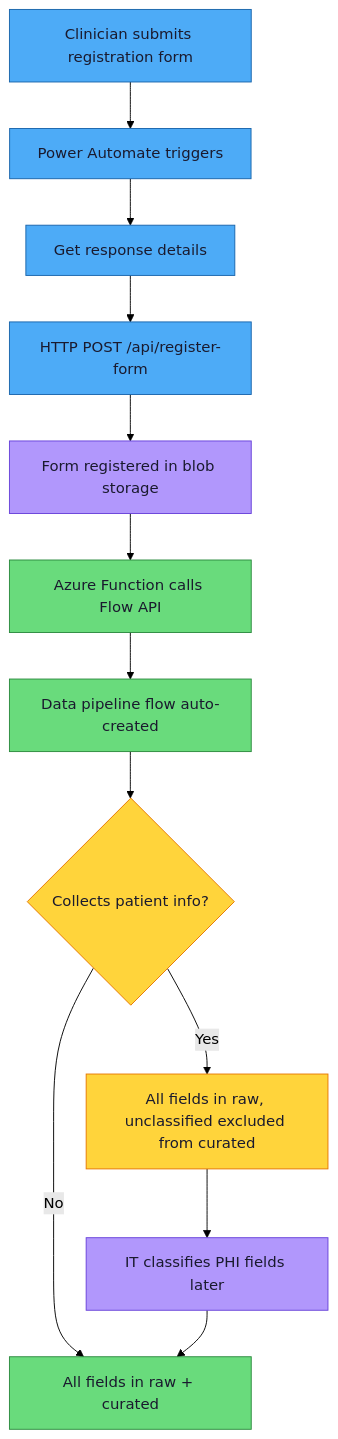
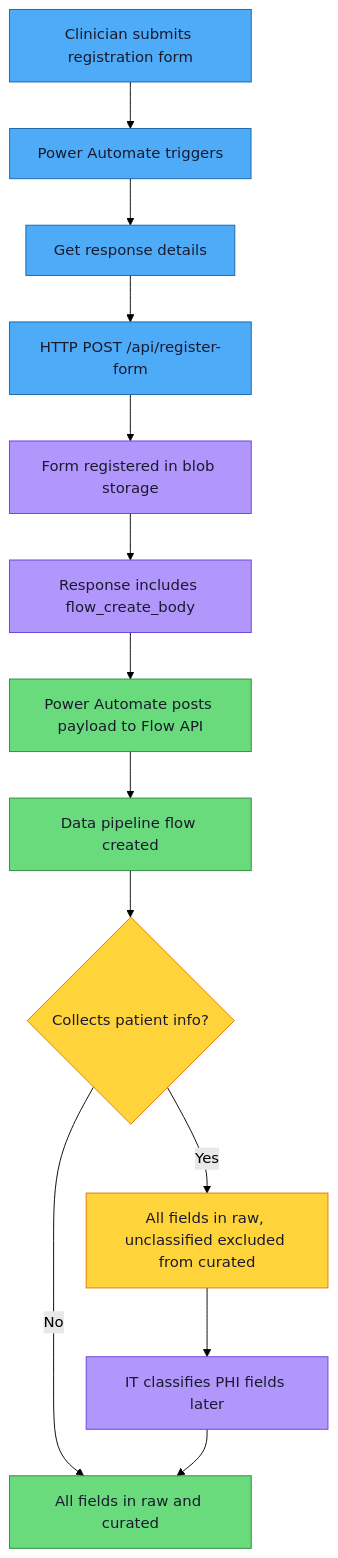
The second of 2 diagrams in docs/registration-form-template.md (michaelhuot-msft/forms-to-fabric), drawn with Mermaid (forest theme) before and after one commit. The commit also changed other lines of this file and 8 other files, not shown here.

````diff
--- a/docs/registration-form-template.md
+++ b/docs/registration-form-template.md
@@ -190,33 +191,35 @@
 ```mermaid
 flowchart TD
     A[Clinician submits registration form] --> B[Power Automate triggers]
     B --> C[Get response details]
     C --> D[HTTP POST /api/register-form]
     D --> E[Form registered in blob storage]
-    E --> F[Azure Function calls Flow API]
-    F --> G[Data pipeline flow auto-created]
-    G --> H{Collects patient info?}
-    H -- No --> I[All fields in raw + curated]
-    H -- Yes --> J[All fields in raw, unclassified excluded from curated]
-    J --> K[IT classifies PHI fields later]
-    K --> I
+    E --> F[Response includes flow_create_body]
+    F --> G[Power Automate posts payload to Flow API]
+    G --> H[Data pipeline flow created]
+    H --> I{Collects patient info?}
+    I -- No --> J[All fields in raw and curated]
+    I -- Yes --> K[All fields in raw, unclassified excluded from curated]
+    K --> L[IT classifies PHI fields later]
+    L --> J
 
     classDef primary fill:#4dabf7,stroke:#1864ab,color:#1a1a2e
     classDef success fill:#69db7c,stroke:#2b8a3e,color:#1a1a2e
     classDef warning fill:#ffd43b,stroke:#e67700,color:#1a1a2e
     classDef danger fill:#ff8787,stroke:#c92a2a,color:#1a1a2e
     classDef info fill:#b197fc,stroke:#6741d9,color:#1a1a2e
     classDef neutral fill:#ced4da,stroke:#495057,color:#1a1a2e
 
     A:::primary
     B:::primary
     C:::primary
     D:::primary
     E:::info
-    F:::success
+    F:::info
     G:::success
-    H:::warning
-    I:::success
-    J:::warning
-    K:::info
+    H:::success
+    I:::warning
+    J:::success
+    K:::warning
+    L:::info
 ```
````
